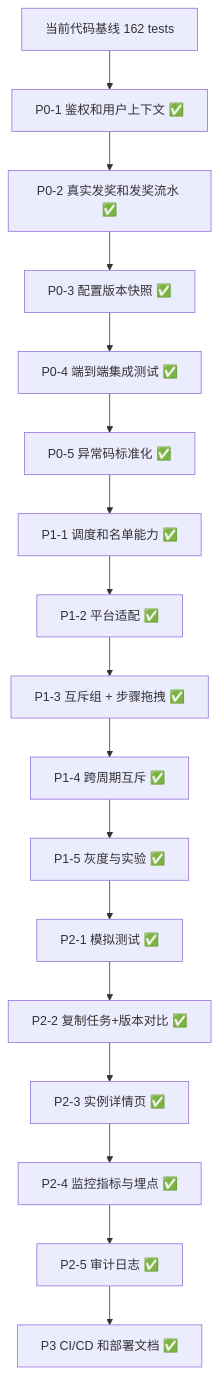
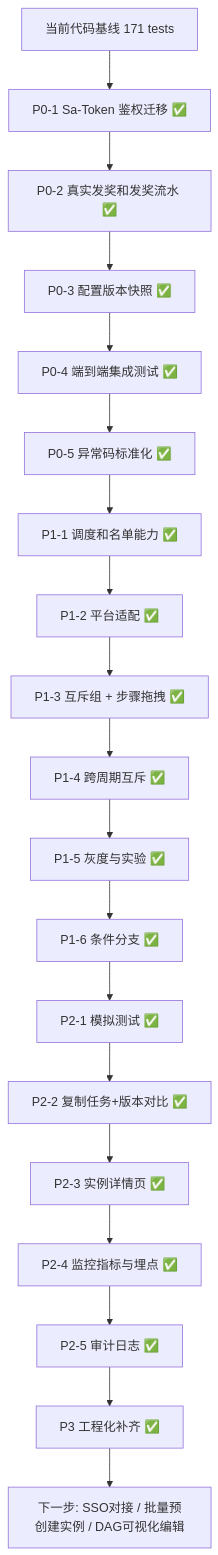
One commit to xuankuxiaohui/marketing-task-platform changed the diagram in docs/current-system-roadmap.md. Above: the diagram before and after it, drawn with Mermaid. The commit also changed other lines of this file and 4 other files, not shown here.

First line of the commit message:
docs: update roadmap and spec for v0.4.0

````diff
--- a/docs/current-system-roadmap.md
+++ b/docs/current-system-roadmap.md
@@ -226,19 +260,21 @@
 ```mermaid
 flowchart TD
-    A[当前代码基线 162 tests] --> B[P0-1 鉴权和用户上下文 ✅]
+    A[当前代码基线 171 tests] --> B[P0-1 Sa-Token 鉴权迁移 ✅]
     B --> C[P0-2 真实发奖和发奖流水 ✅]
     C --> D[P0-3 配置版本快照 ✅]
     D --> E[P0-4 端到端集成测试 ✅]
     E --> F[P0-5 异常码标准化 ✅]
     F --> G[P1-1 调度和名单能力 ✅]
     G --> H[P1-2 平台适配 ✅]
     H --> I[P1-3 互斥组 + 步骤拖拽 ✅]
     I --> J[P1-4 跨周期互斥 ✅]
     J --> K[P1-5 灰度与实验 ✅]
-    K --> L[P2-1 模拟测试 ✅]
-    L --> M[P2-2 复制任务+版本对比 ✅]
-    M --> N[P2-3 实例详情页 ✅]
-    N --> O[P2-4 监控指标与埋点 ✅]
-    O --> P[P2-5 审计日志 ✅]
-    P --> Q[P3 CI/CD 和部署文档 ✅]
+    K --> L[P1-6 条件分支 ✅]
+    L --> M[P2-1 模拟测试 ✅]
+    M --> N[P2-2 复制任务+版本对比 ✅]
+    N --> O[P2-3 实例详情页 ✅]
+    O --> P[P2-4 监控指标与埋点 ✅]
+    P --> Q[P2-5 审计日志 ✅]
+    Q --> R[P3 工程化补齐 ✅]
+    R --> S[下一步: SSO对接 / 批量预创建实例 / DAG可视化编辑]
 ```
````
